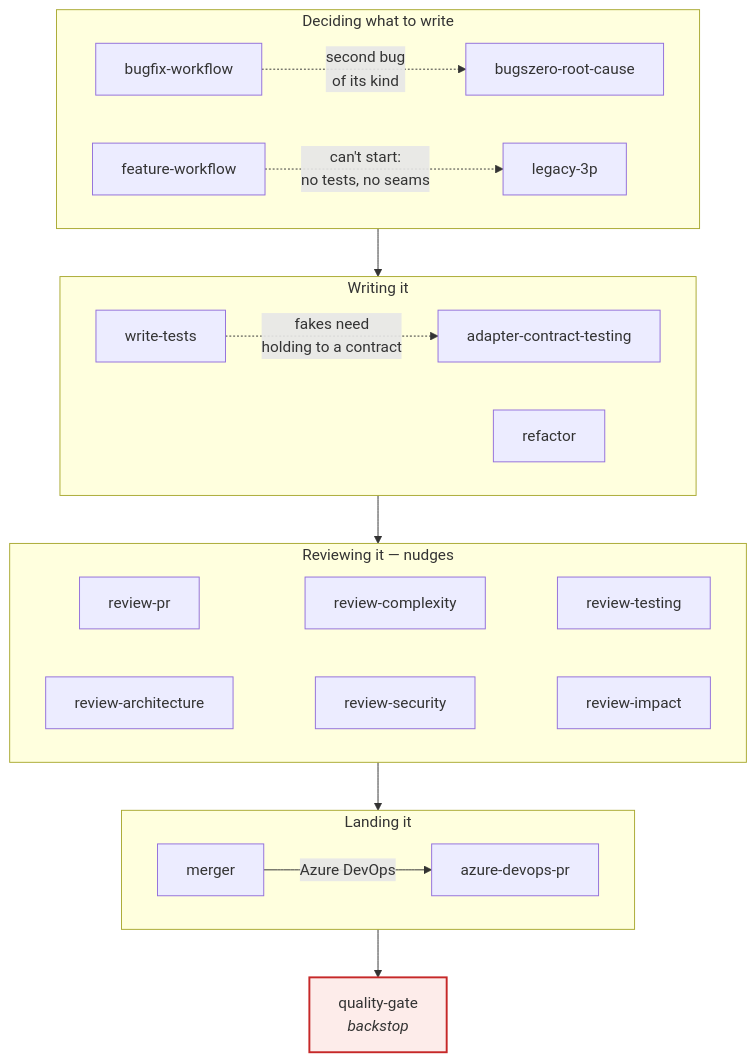
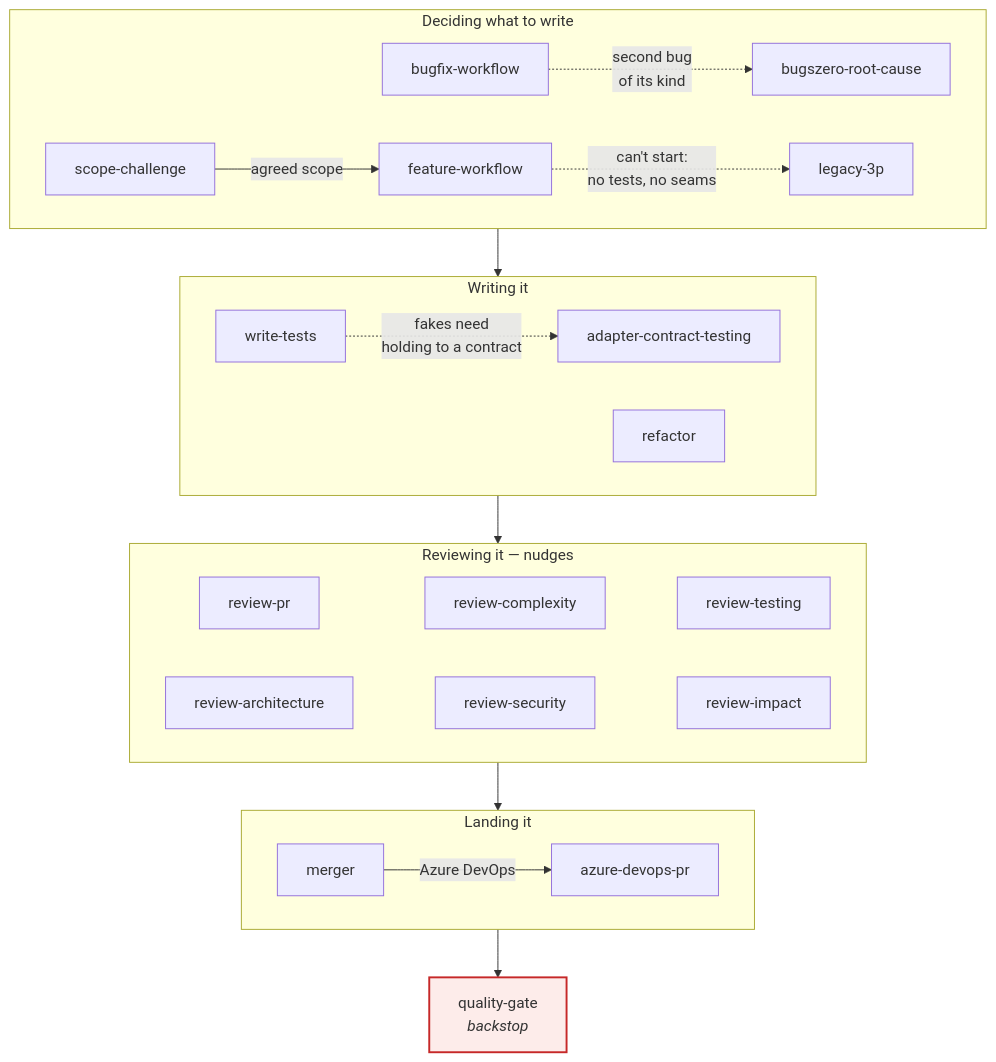
One commit to martinsson/unlockers-skills-library changed the first of 3 diagrams in diagrams/library-map.md. Above: the diagram before and after it, drawn with Mermaid. The commit also changed other lines of this file and 12 other files, not shown here.

First line of the commit message:
Add code-design and hexagonal-architecture rules, and scope-challenge

````diff
--- a/diagrams/library-map.md
+++ b/diagrams/library-map.md
@@ -10,46 +10,48 @@
 ```mermaid
 flowchart TB
     subgraph W [" Deciding what to write "]
         direction LR
+        SC[scope-challenge]
         BF[bugfix-workflow]
         FF[feature-workflow]
         BZ[bugszero-root-cause]
         L3P[legacy-3p]
+        SC -->|agreed scope| FF
         BF -.->|second bug<br/>of its kind| BZ
         FF -.->|can't start:<br/>no tests, no seams| L3P
     end
 
     subgraph T [" Writing it "]
         direction LR
         WT[write-tests]
         ACT[adapter-contract-testing]
         RF[refactor]
         WT -.->|fakes need<br/>holding to a contract| ACT
     end
 
     subgraph R [" Reviewing it — nudges "]
         direction LR
         RPR[review-pr]
         RC[review-complexity]
         RT[review-testing]
         RA[review-architecture]
         RS[review-security]
         RI[review-impact]
         RPR ~~~ RC ~~~ RT
         RA ~~~ RS ~~~ RI
     end
 
     subgraph M [" Landing it "]
         direction LR
         MG[merger]
         ADO[azure-devops-pr]
         MG -->|Azure DevOps| ADO
     end
 
     QG[quality-gate<br/><i>backstop</i>]
 
     W --> T --> R --> M --> QG
 
     classDef backstop fill:#fdecea,stroke:#c62828,stroke-width:2px
     class QG backstop
 ```
````
